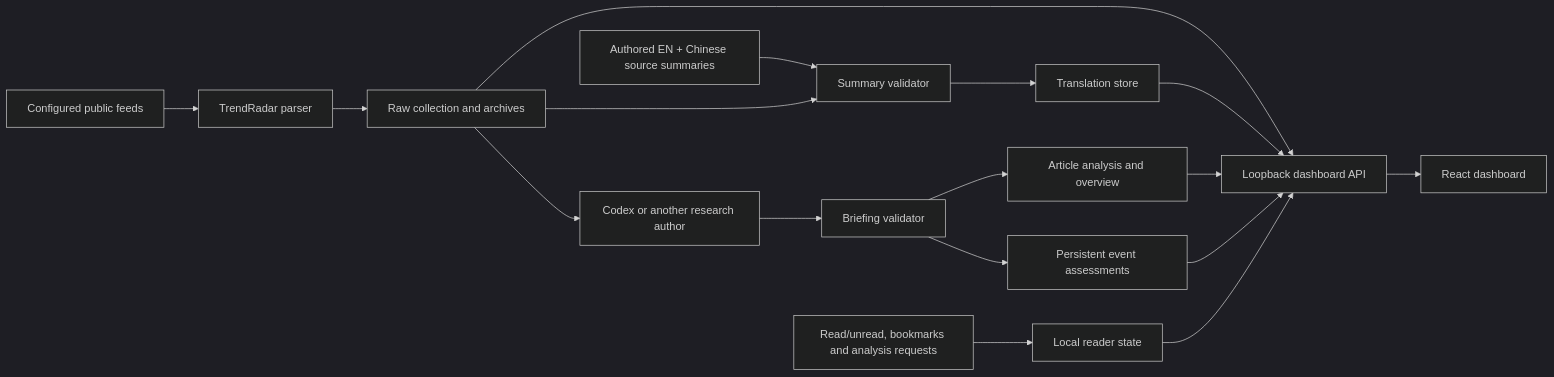
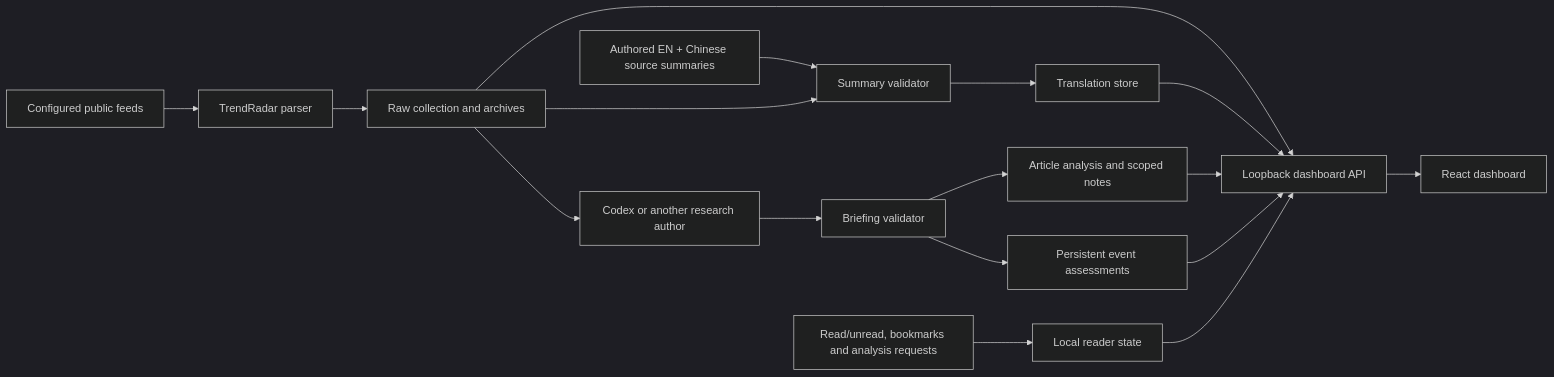
One commit to stevenchenjy/meridian-news-desk changed the diagram in docs/ARCHITECTURE.md. Above: the diagram before and after it, drawn with Mermaid (dark theme). The commit also changed other lines of this file and 19 other files, not shown here.

````diff
--- a/docs/ARCHITECTURE.md
+++ b/docs/ARCHITECTURE.md
@@ -5,19 +5,19 @@
 ```mermaid
 flowchart LR
   Feeds[Configured public feeds] --> Parser[TrendRadar parser]
   Parser --> Raw[Raw collection and archives]
   Translation[Authored EN + Chinese source summaries] --> SummaryImport[Summary validator]
   Raw --> SummaryImport
   SummaryImport --> Summaries[Translation store]
   Research[Codex or another research author] --> AnalysisImport[Briefing validator]
   Raw --> Research
-  AnalysisImport --> Analysis[Article analysis and overview]
+  AnalysisImport --> Analysis[Article analysis and scoped notes]
   AnalysisImport --> Events[Persistent event assessments]
   Raw --> API[Loopback dashboard API]
   Summaries --> API
   Analysis --> API
   Events --> API
   Reader[Read/unread, bookmarks and analysis requests] --> State[Local reader state]
   State --> API
   API --> UI[React dashboard]
 ```
````
